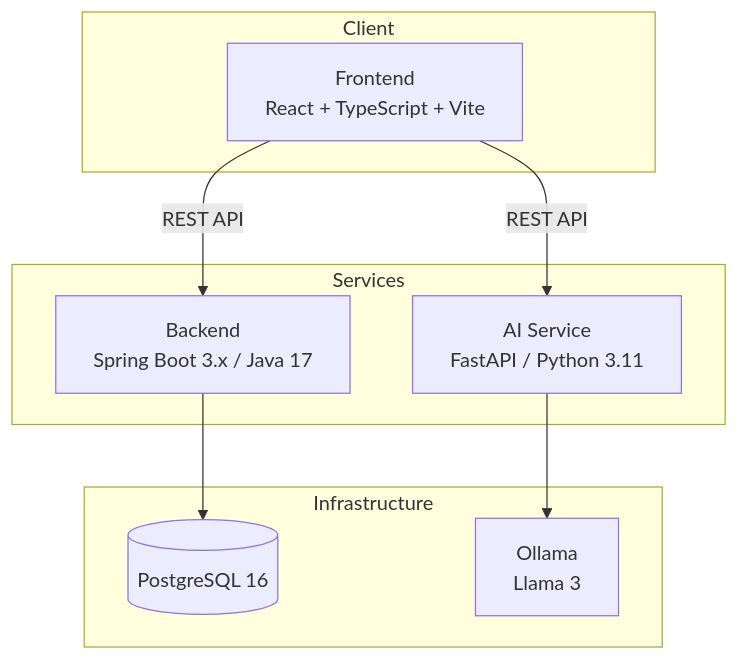
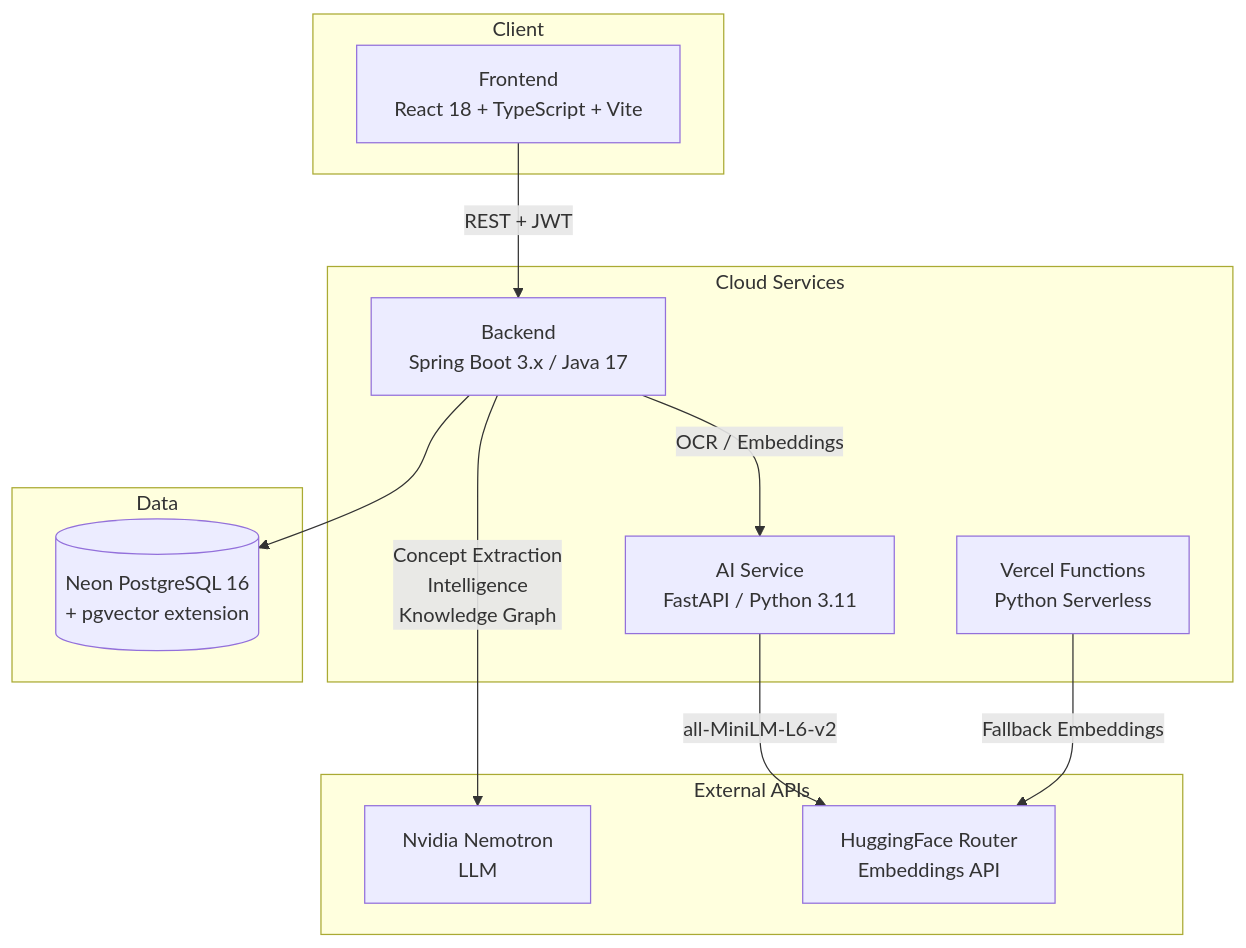
The diagram in README.md (Hemanth07-70/MemoraAI), drawn with Mermaid before and after one commit. The commit also changed other lines of this file, not shown here.

First line of the commit message:
docs: rewrite README with full architecture, algorithms, and deployment details

````diff
--- a/README.md
+++ b/README.md
@@ -21,21 +21,28 @@
 ```mermaid
 graph TB
     subgraph Client
-        FE[Frontend<br/>React + TypeScript + Vite]
+        FE[Frontend<br/>React 18 + TypeScript + Vite]
     end
 
-    subgraph Services
+    subgraph Cloud Services
         BE[Backend<br/>Spring Boot 3.x / Java 17]
         AI[AI Service<br/>FastAPI / Python 3.11]
+        VF[Vercel Functions<br/>Python Serverless]
     end
 
-    subgraph Infrastructure
-        PG[(PostgreSQL 16)]
-        OL[Ollama<br/>Llama 3]
+    subgraph Data
+        PG[(Neon PostgreSQL 16<br/>+ pgvector extension)]
     end
 
-    FE -->|REST API| BE
-    FE -->|REST API| AI
+    subgraph External APIs
+        NV[Nvidia Nemotron<br/>LLM]
+        HF[HuggingFace Router<br/>Embeddings API]
+    end
+
+    FE -->|REST + JWT| BE
     BE --> PG
-    AI --> OL
+    BE -->|OCR / Embeddings| AI
+    AI -->|all-MiniLM-L6-v2| HF
+    BE -->|Concept Extraction<br/>Intelligence<br/>Knowledge Graph| NV
+    VF -->|Fallback Embeddings| HF
 ```
````
